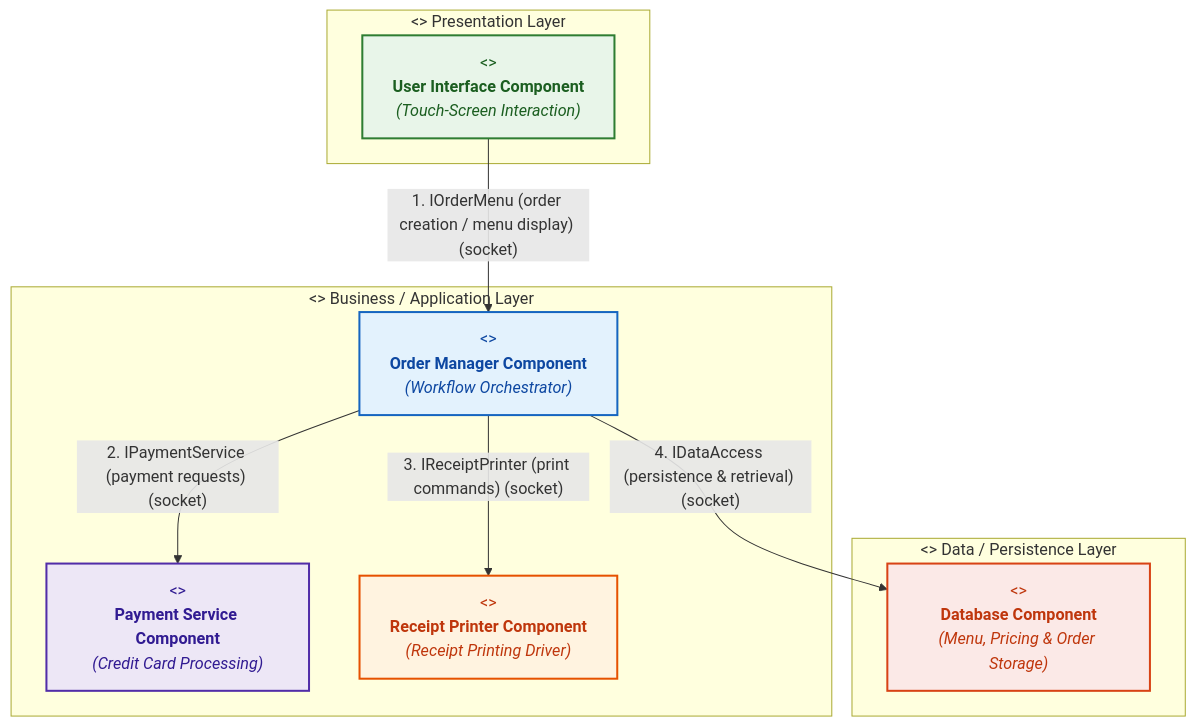
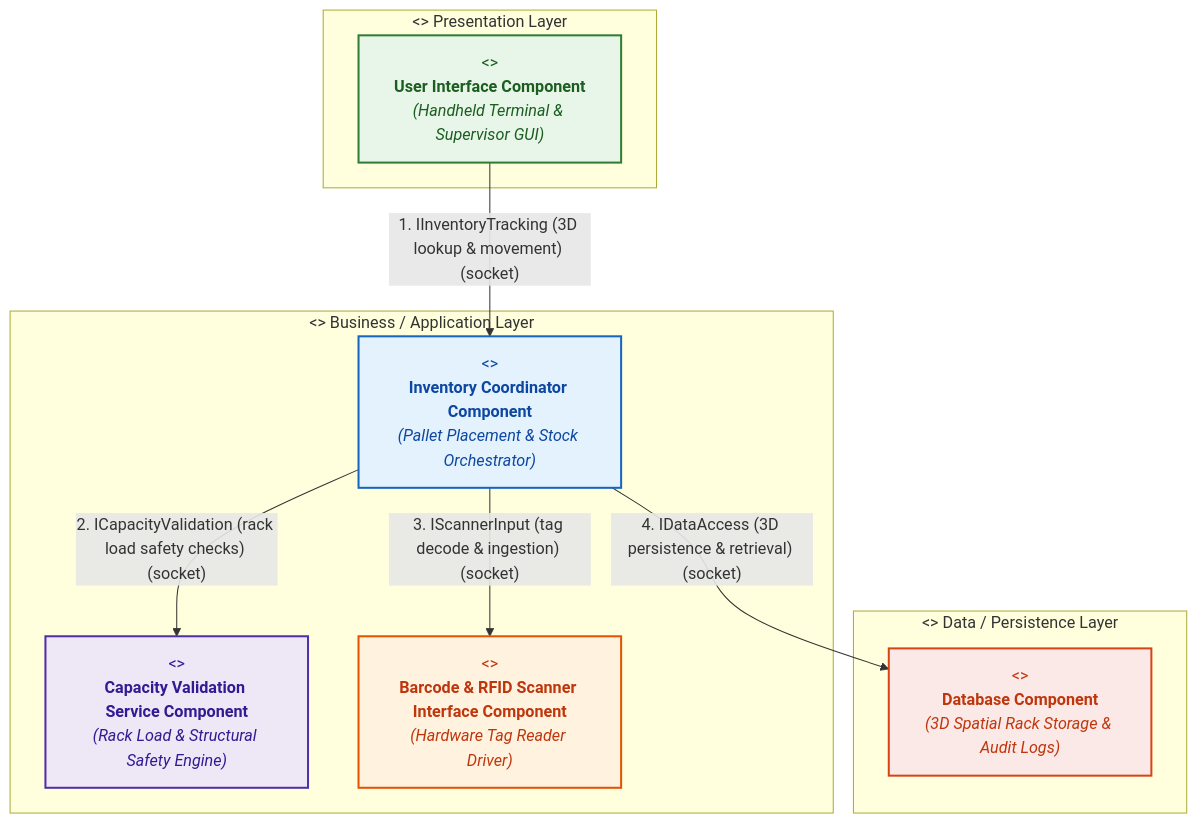
Before and after one commit to Saatvik-G/SE-LABS_PES1UG24CS395: the diagram in Lab_3/README.md, drawn with Mermaid. The commit also changed other lines of this file and 2 other files, not shown here.

Commit message:
completed lab 3 component modelling for warehouse inventory tracker

````diff
--- a/Lab_3/README.md
+++ b/Lab_3/README.md
@@ -106,30 +107,30 @@
 ```mermaid
 flowchart TD
     %% Styling
     classDef presLayer fill:#E8F5E9,stroke:#2E7D32,stroke-width:2px,color:#1B5E20;
     classDef bizLayer fill:#E3F2FD,stroke:#1565C0,stroke-width:2px,color:#0D47A1;
-    classDef payLayer fill:#EDE7F6,stroke:#512DA8,stroke-width:2px,color:#311B92;
-    classDef printLayer fill:#FFF3E0,stroke:#E65100,stroke-width:2px,color:#BF360C;
+    classDef capLayer fill:#EDE7F6,stroke:#512DA8,stroke-width:2px,color:#311B92;
+    classDef scanLayer fill:#FFF3E0,stroke:#E65100,stroke-width:2px,color:#BF360C;
     classDef dataLayer fill:#FBE9E7,stroke:#D84315,stroke-width:2px,color:#BF360C;
     classDef layerBox fill:#FAFAFA,stroke:#90A4AE,stroke-width:2px,stroke-dasharray: 5 5,color:#37474F;
 
     subgraph Presentation_Layer ["<<layer>> Presentation Layer"]
-        UI["<<component>><br><b>User Interface Component</b><br><i>(Touch-Screen Interaction)</i>"]:::presLayer
+        UI["<<component>><br><b>User Interface Component</b><br><i>(Handheld Terminal & Supervisor GUI)</i>"]:::presLayer
     end
 
     subgraph Business_Layer ["<<layer>> Business / Application Layer"]
-        OM["<<component>><br><b>Order Manager Component</b><br><i>(Workflow Orchestrator)</i>"]:::bizLayer
-        PAY["<<component>><br><b>Payment Service Component</b><br><i>(Credit Card Processing)</i>"]:::payLayer
-        PRT["<<component>><br><b>Receipt Printer Component</b><br><i>(Receipt Printing Driver)</i>"]:::printLayer
+        IC["<<component>><br><b>Inventory Coordinator Component</b><br><i>(Pallet Placement & Stock Orchestrator)</i>"]:::bizLayer
+        CAP["<<component>><br><b>Capacity Validation Service Component</b><br><i>(Rack Load & Structural Safety Engine)</i>"]:::capLayer
+        SCAN["<<component>><br><b>Barcode & RFID Scanner Interface Component</b><br><i>(Hardware Tag Reader Driver)</i>"]:::scanLayer
     end
 
     subgraph Data_Layer ["<<layer>> Data / Persistence Layer"]
-        DB["<<component>><br><b>Database Component</b><br><i>(Menu, Pricing & Order Storage)</i>"]:::dataLayer
+        DB["<<component>><br><b>Database Component</b><br><i>(3D Spatial Rack Storage & Audit Logs)</i>"]:::dataLayer
     end
 
-    %% Interfaces (Ball and Socket representation)
-    UI -- "1. IOrderMenu (order creation / menu display) (socket)" --> OM
-    OM -- "2. IPaymentService (payment requests) (socket)" --> PAY
-    OM -- "3. IReceiptPrinter (print commands) (socket)" --> PRT
-    OM -- "4. IDataAccess (persistence & retrieval) (socket)" --> DB
+    %% Ball-and-Socket Interface Connections
+    UI -- "1. IInventoryTracking (3D lookup & movement) (socket)" --> IC
+    IC -- "2. ICapacityValidation (rack load safety checks) (socket)" --> CAP
+    IC -- "3. IScannerInput (tag decode & ingestion) (socket)" --> SCAN
+    IC -- "4. IDataAccess (3D persistence & retrieval) (socket)" --> DB
 ```
````
